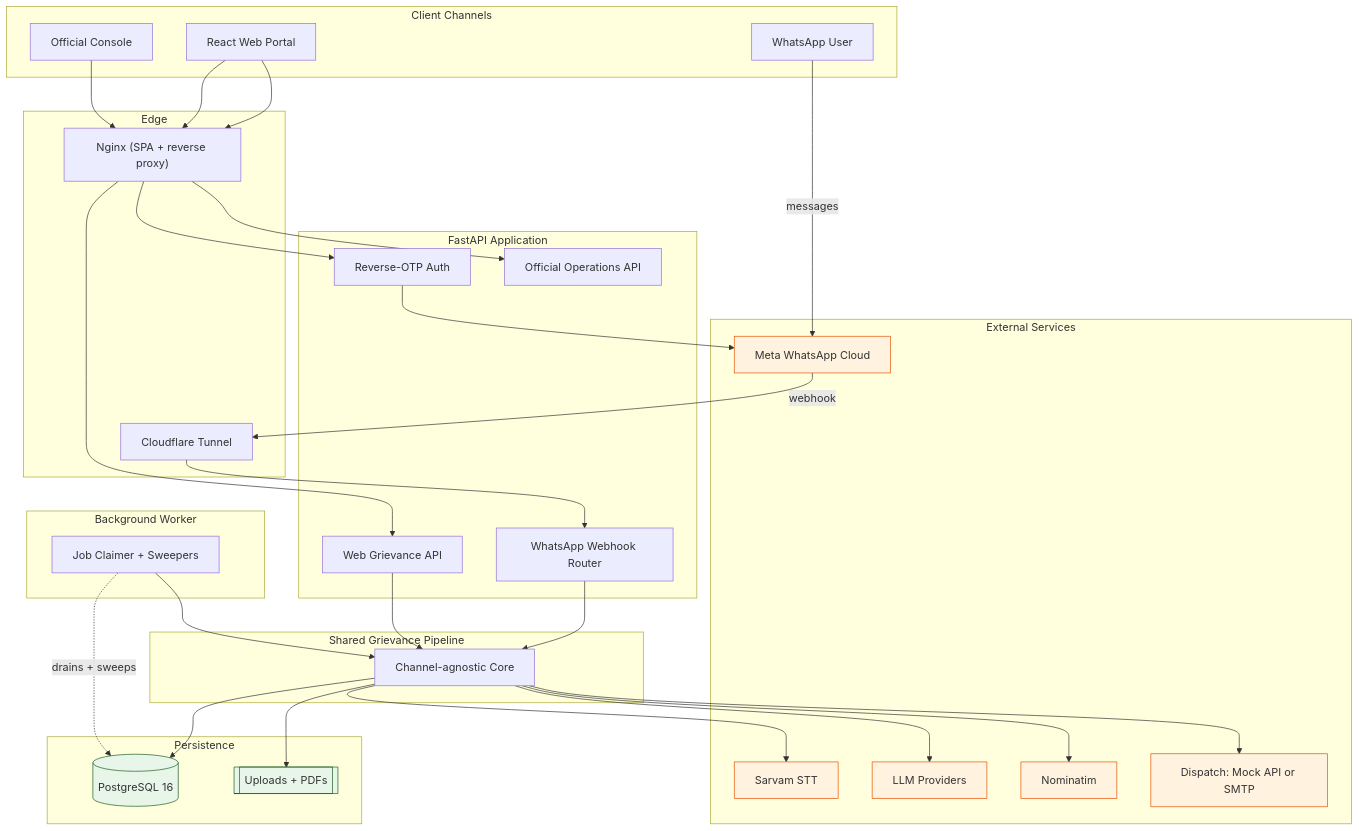
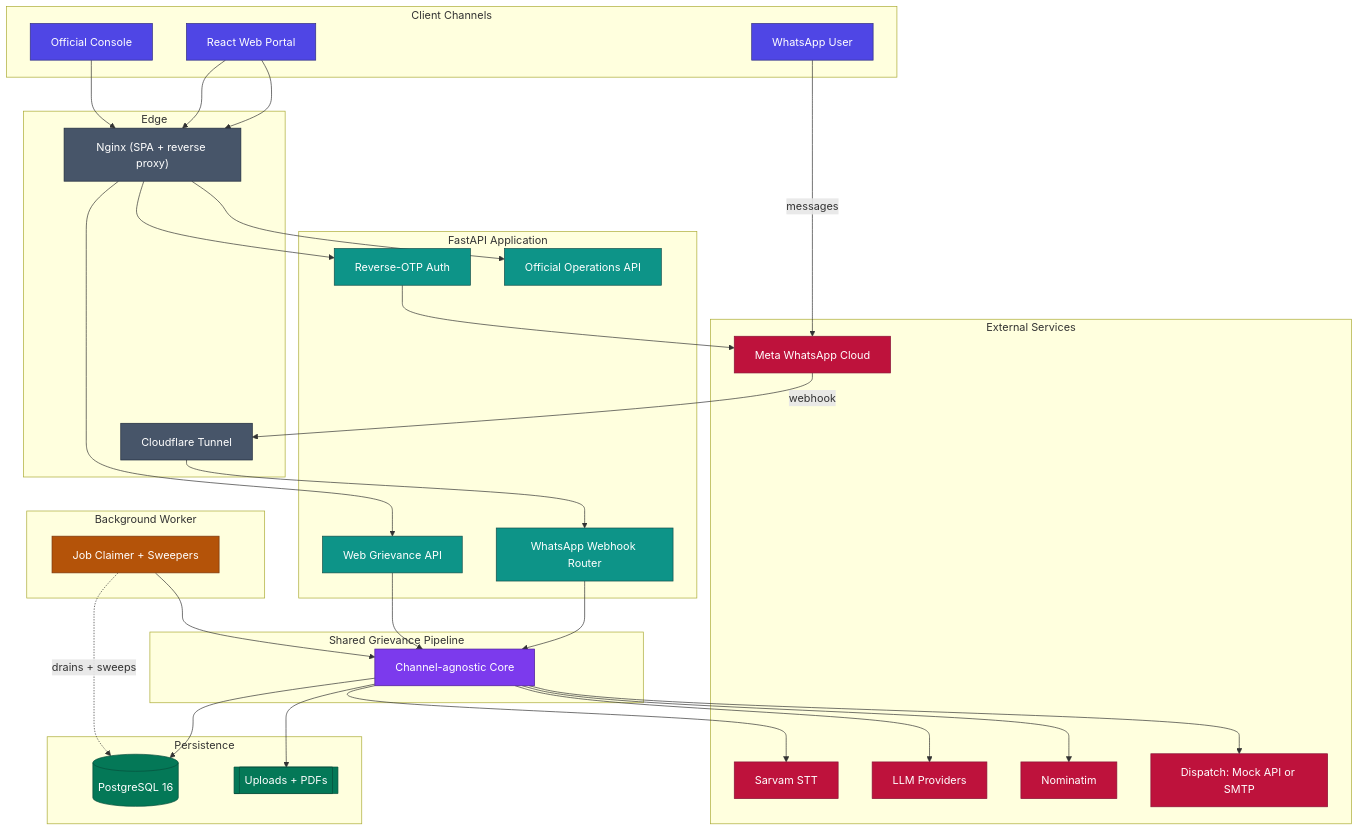
The first of 8 diagrams in README.md (tushar-mahalya/Jan-Setu), drawn with Mermaid before and after one commit. The commit also changed other lines of this file, not shown here.

Commit message:
chore: enhance flowchart styling in README for better clarity

````diff
--- a/README.md
+++ b/README.md
@@ -141,64 +141,74 @@
 ```mermaid
 flowchart TB
     subgraph Clients["Client Channels"]
         WA["WhatsApp User"]
         WEB["React Web Portal"]
         OFF["Official Console"]
     end
 
     subgraph Edge["Edge"]
         NGINX["Nginx (SPA + reverse proxy)"]
         TUNNEL["Cloudflare Tunnel"]
     end
 
     subgraph API["FastAPI Application"]
         WHOOK["WhatsApp Webhook Router"]
         WEBAPI["Web Grievance API"]
         AUTH["Reverse-OTP Auth"]
         OFFAPI["Official Operations API"]
     end
 
     subgraph Pipeline["Shared Grievance Pipeline"]
         CORE["Channel-agnostic Core"]
     end
 
     subgraph Worker["Background Worker"]
         POLL["Job Claimer + Sweepers"]
     end
 
     subgraph Data["Persistence"]
         PG[("PostgreSQL 16")]
         FILES[["Uploads + PDFs"]]
     end
 
     subgraph External["External Services"]
         META["Meta WhatsApp Cloud"]
         STT["Sarvam STT"]
         LLM["LLM Providers"]
         GEO["Nominatim"]
         DISP["Dispatch: Mock API or SMTP"]
     end
 
     WA -->|"messages"| META -->|"webhook"| TUNNEL --> WHOOK
     WEB --> NGINX --> WEBAPI
     WEB --> NGINX --> AUTH
     OFF --> NGINX --> OFFAPI
 
     WHOOK --> CORE
     WEBAPI --> CORE
     CORE --> PG
     CORE --> FILES
     CORE --> STT
     CORE --> LLM
     CORE --> GEO
     CORE --> DISP
 
     POLL -.->|"drains + sweeps"| PG
     POLL --> CORE
     AUTH --> META
 
-    classDef ext fill:#fff3e0,stroke:#e65100;
-    classDef store fill:#e8f5e9,stroke:#1b5e20;
+    classDef client fill:#4f46e5,stroke:#312e81,color:#ffffff;
+    classDef edge fill:#475569,stroke:#1e293b,color:#ffffff;
+    classDef api fill:#0d9488,stroke:#134e4a,color:#ffffff;
+    classDef pipe fill:#7c3aed,stroke:#4c1d95,color:#ffffff;
+    classDef worker fill:#b45309,stroke:#78350f,color:#ffffff;
+    classDef store fill:#047857,stroke:#064e3b,color:#ffffff;
+    classDef ext fill:#be123c,stroke:#881337,color:#ffffff;
+    class WA,WEB,OFF client;
+    class NGINX,TUNNEL edge;
+    class WHOOK,WEBAPI,AUTH,OFFAPI api;
+    class CORE pipe;
+    class POLL worker;
+    class PG,FILES store;
     class META,STT,LLM,GEO,DISP ext;
-    class PG,FILES store;
 ```
````
